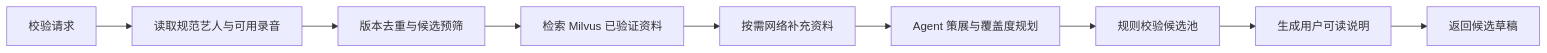
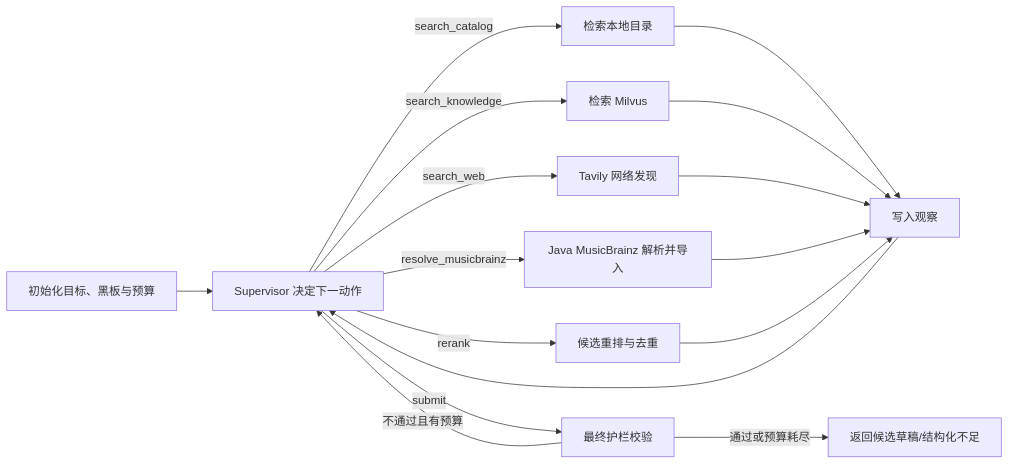
One commit to garfieldra/IndieSoundQuest changed the second of 3 diagrams in Specs/03-技术架构/05-Agent工作流规格.md. Above: the diagram before and after it, drawn with Mermaid. The commit also changed other lines of this file and 131 other files, not shown here.

````diff
--- a/Specs/03-技术架构/05-Agent工作流规格.md
+++ b/Specs/03-技术架构/05-Agent工作流规格.md
@@ -150,11 +165,18 @@
 ```mermaid
 flowchart LR
-  A["校验请求"] --> B["读取规范艺人与可用录音"]
-  B --> C["版本去重与候选预筛"]
-  C --> D["检索 Milvus 已验证资料"]
-  D --> E["按需网络补充资料"]
-  E --> F["Agent 策展与覆盖度规划"]
-  F --> G["规则校验候选池"]
-  G --> H["生成用户可读说明"]
-  H --> I["返回候选草稿"]
+  A["初始化目标、黑板与预算"] --> S["Supervisor 决定下一动作"]
+  S -->|search_catalog| C["检索本地目录"]
+  S -->|search_knowledge| K["检索 Milvus"]
+  S -->|search_web| W["Tavily 网络发现"]
+  S -->|resolve_musicbrainz| M["Java MusicBrainz 解析并导入"]
+  S -->|rerank| R["候选重排与去重"]
+  S -->|submit| V["最终护栏校验"]
+  C --> O["写入观察"]
+  K --> O
+  W --> O
+  M --> O
+  R --> O
+  O --> S
+  V -->|不通过且有预算| S
+  V -->|通过或预算耗尽| E["返回候选草稿/结构化不足"]
 ```
````
